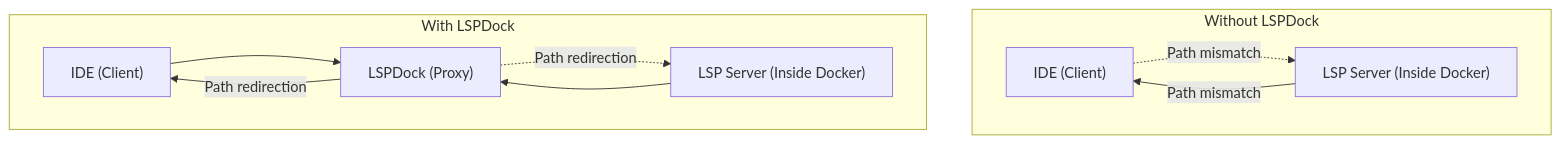
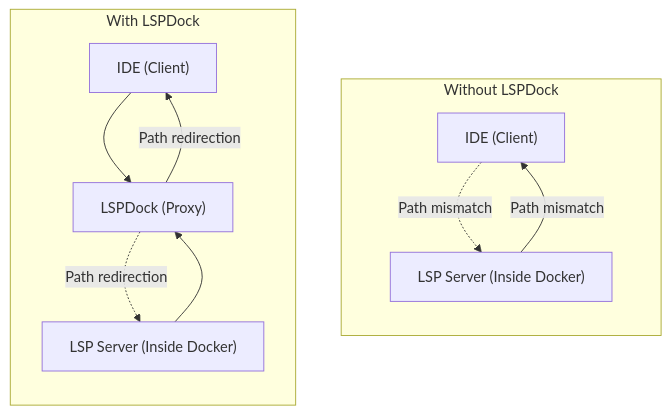
Before and after one commit to richardhapb/lspdock: the diagram in README.md, drawn with Mermaid. The commit also changed other lines of this file and 2 other files, not shown here.

````diff
--- a/README.md
+++ b/README.md
@@ -5,14 +5,16 @@
 ```mermaid
 flowchart TD
     subgraph Without LSPDock
+        direction TB
         IDE -.->|Path mismatch| LSP
         LSP["LSP Server (Inside Docker)"] -->|Path mismatch| IDE["IDE (Client)"]
     end
 
     subgraph With LSPDock
+        direction TB
         IDE2["IDE (Client)"] --> LSPDock["LSPDock (Proxy)"]
         LSPDock["LSPDock (Proxy)"] -->|Path redirection| IDE2["IDE (Client)"]
         LSP2["LSP Server (Inside Docker)"] --> LSPDock
         LSPDock -.->|Path redirection| LSP2
     end
 ```
````
